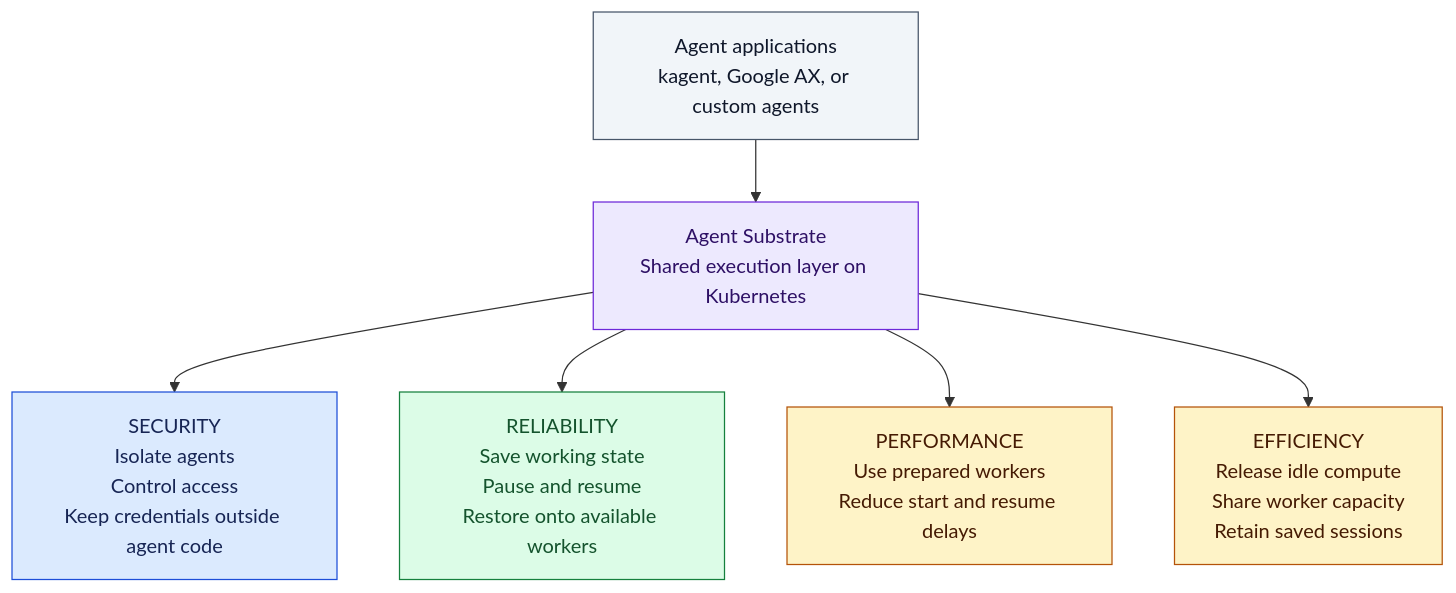
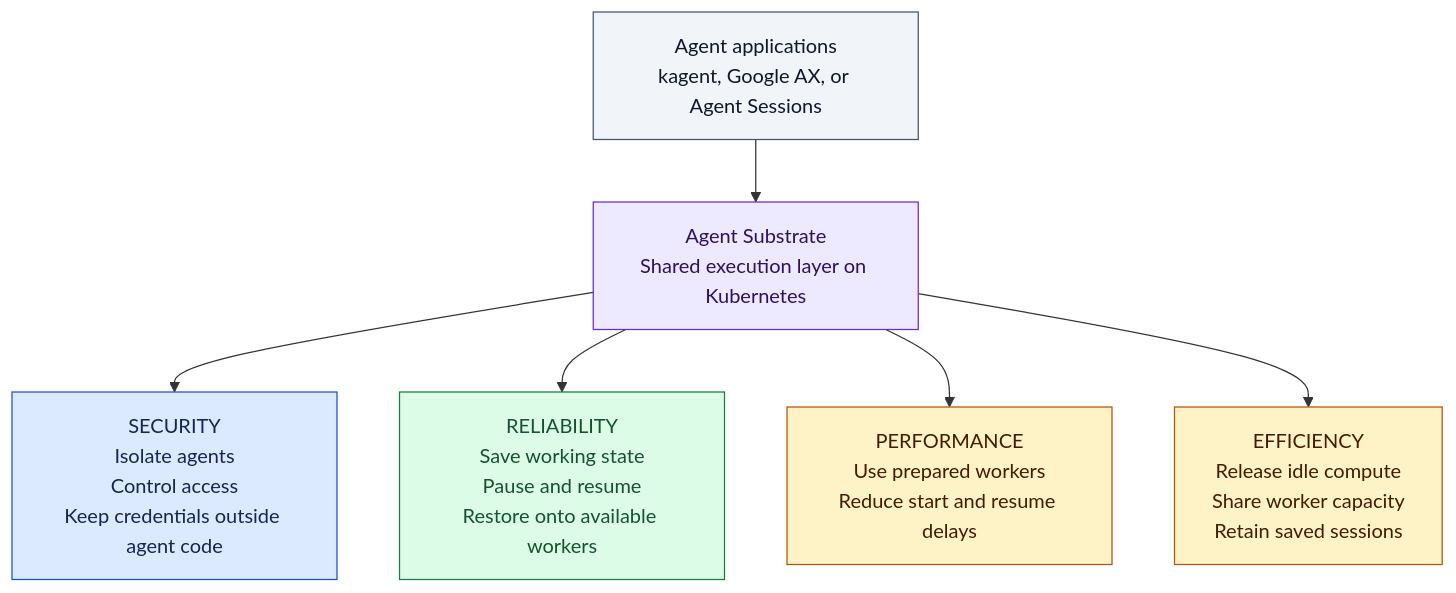
One commit to davidmarkgardiner/kagent-public changed the diagram in docs/agent-substrate-business-brief.md. Above: the diagram before and after it, drawn with Mermaid. The commit also changed other lines of this file, not shown here.

Commit message:
docs: cite Microsoft Agent Sessions Substrate integration

````diff
--- a/docs/agent-substrate-business-brief.md
+++ b/docs/agent-substrate-business-brief.md
@@ -11,20 +11,20 @@
 ```mermaid
 flowchart TB
-    A["Agent applications<br/>kagent, Google AX, or custom agents"]
+    A["Agent applications<br/>kagent, Google AX, or Agent Sessions"]
     S["Agent Substrate<br/>Shared execution layer on Kubernetes"]
     A --> S
     S --> SEC["SECURITY<br/>Isolate agents<br/>Control access<br/>Keep credentials outside agent code"]
     S --> REL["RELIABILITY<br/>Save working state<br/>Pause and resume<br/>Restore onto available workers"]
     S --> PERF["PERFORMANCE<br/>Use prepared workers<br/>Reduce start and resume delays"]
     S --> EFF["EFFICIENCY<br/>Release idle compute<br/>Share worker capacity<br/>Retain saved sessions"]
     classDef application fill:#f1f5f9,stroke:#475569,color:#0f172a;
     classDef runtime fill:#ede9fe,stroke:#6d28d9,color:#2e1065;
     classDef security fill:#dbeafe,stroke:#1d4ed8,color:#172554;
     classDef reliability fill:#dcfce7,stroke:#15803d,color:#14532d;
     classDef economics fill:#fef3c7,stroke:#b45309,color:#451a03;
     class A application;
     class S runtime;
     class SEC security;
     class REL reliability;
     class PERF,EFF economics;
 ```
````
